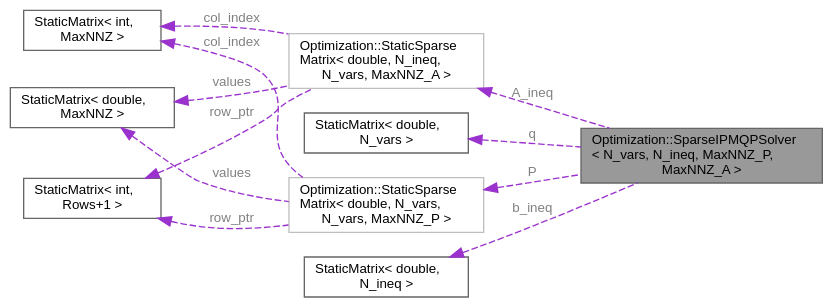
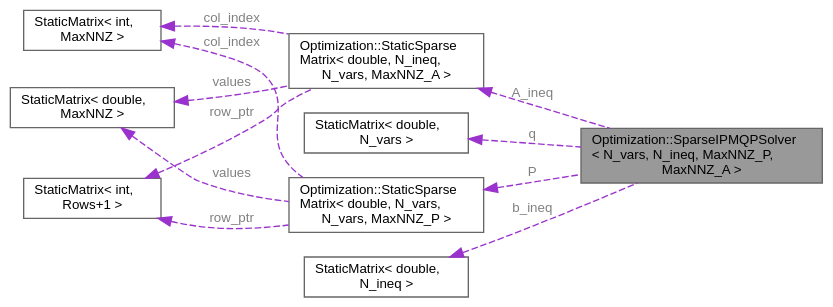
Before and after one commit to jswoo0615/Algorithms_for_Optimization_cpp: the diagram in classOptimization_1_1SparseIPMQPSolver__coll__graph.dot, drawn with Graphviz. The commit also changed 95 other files, not shown here.

```diff
--- a/classOptimization_1_1SparseIPMQPSolver__coll__graph.dot
+++ b/classOptimization_1_1SparseIPMQPSolver__coll__graph.dot
@@ -1,26 +1,26 @@
 digraph "Optimization::SparseIPMQPSolver&lt; N_vars, N_ineq, MaxNNZ_P, MaxNNZ_A &gt;"
 {
  // LATEX_PDF_SIZE
   bgcolor="transparent";
   edge [fontname=Helvetica,fontsize=10,labelfontname=Helvetica,labelfontsize=10];
   node [fontname=Helvetica,fontsize=10,shape=box,height=0.2,width=0.4];
   rankdir="LR";
   Node1 [id="Node000001",label="Optimization::SparseIPMQPSolver\l\< N_vars, N_ineq, MaxNNZ_P,\l MaxNNZ_A \>",height=0.2,width=0.4,color="gray40", fillcolor="grey60", style="filled", fontcolor="black",tooltip=" "];
   Node2 -> Node1 [id="edge1_Node000001_Node000002",dir="back",color="darkorchid3",style="dashed",tooltip=" ",label=" P",fontcolor="grey" ];
-  Node2 [id="Node000002",label="Optimization::StaticSparse\lMatrix\< double, N_vars,\l N_vars, MaxNNZ_P \>",height=0.2,width=0.4,color="grey75", fillcolor="white", style="filled",URL="$classOptimization_1_1StaticSparseMatrix.html",tooltip=" "];
+  Node2 [id="Node000002",label="Optimization::StaticSparse\lMatrix\< double, N_vars,\l N_vars, MaxNNZ_P \>",height=0.2,width=0.4,color="gray40", fillcolor="white", style="filled",URL="$classOptimization_1_1StaticSparseMatrix.html",tooltip=" "];
   Node3 -> Node2 [id="edge2_Node000002_Node000003",dir="back",color="darkorchid3",style="dashed",tooltip=" ",label=" values",fontcolor="grey" ];
   Node3 [id="Node000003",label="StaticMatrix\< double,\l MaxNNZ \>",height=0.2,width=0.4,color="gray40", fillcolor="white", style="filled",URL="$classStaticMatrix.html",tooltip=" "];
   Node4 -> Node2 [id="edge3_Node000002_Node000004",dir="back",color="darkorchid3",style="dashed",tooltip=" ",label=" col_index",fontcolor="grey" ];
   Node4 [id="Node000004",label="StaticMatrix\< int,\l MaxNNZ \>",height=0.2,width=0.4,color="gray40", fillcolor="white", style="filled",URL="$classStaticMatrix.html",tooltip=" "];
   Node5 -> Node2 [id="edge4_Node000002_Node000005",dir="back",color="darkorchid3",style="dashed",tooltip=" ",label=" row_ptr",fontcolor="grey" ];
   Node5 [id="Node000005",label="StaticMatrix\< int,\l Rows+1 \>",height=0.2,width=0.4,color="gray40", fillcolor="white", style="filled",URL="$classStaticMatrix.html",tooltip=" "];
   Node6 -> Node1 [id="edge5_Node000001_Node000006",dir="back",color="darkorchid3",style="dashed",tooltip=" ",label=" q",fontcolor="grey" ];
   Node6 [id="Node000006",label="StaticMatrix\< double,\l N_vars \>",height=0.2,width=0.4,color="gray40", fillcolor="white", style="filled",URL="$classStaticMatrix.html",tooltip=" "];
   Node7 -> Node1 [id="edge6_Node000001_Node000007",dir="back",color="darkorchid3",style="dashed",tooltip=" ",label=" A_ineq",fontcolor="grey" ];
-  Node7 [id="Node000007",label="Optimization::StaticSparse\lMatrix\< double, N_ineq,\l N_vars, MaxNNZ_A \>",height=0.2,width=0.4,color="grey75", fillcolor="white", style="filled",URL="$classOptimization_1_1StaticSparseMatrix.html",tooltip=" "];
+  Node7 [id="Node000007",label="Optimization::StaticSparse\lMatrix\< double, N_ineq,\l N_vars, MaxNNZ_A \>",height=0.2,width=0.4,color="gray40", fillcolor="white", style="filled",URL="$classOptimization_1_1StaticSparseMatrix.html",tooltip=" "];
   Node3 -> Node7 [id="edge7_Node000007_Node000003",dir="back",color="darkorchid3",style="dashed",tooltip=" ",label=" values",fontcolor="grey" ];
   Node4 -> Node7 [id="edge8_Node000007_Node000004",dir="back",color="darkorchid3",style="dashed",tooltip=" ",label=" col_index",fontcolor="grey" ];
   Node5 -> Node7 [id="edge9_Node000007_Node000005",dir="back",color="darkorchid3",style="dashed",tooltip=" ",label=" row_ptr",fontcolor="grey" ];
   Node8 -> Node1 [id="edge10_Node000001_Node000008",dir="back",color="darkorchid3",style="dashed",tooltip=" ",label=" b_ineq",fontcolor="grey" ];
   Node8 [id="Node000008",label="StaticMatrix\< double,\l N_ineq \>",height=0.2,width=0.4,color="gray40", fillcolor="white", style="filled",URL="$classStaticMatrix.html",tooltip=" "];
 }
```
